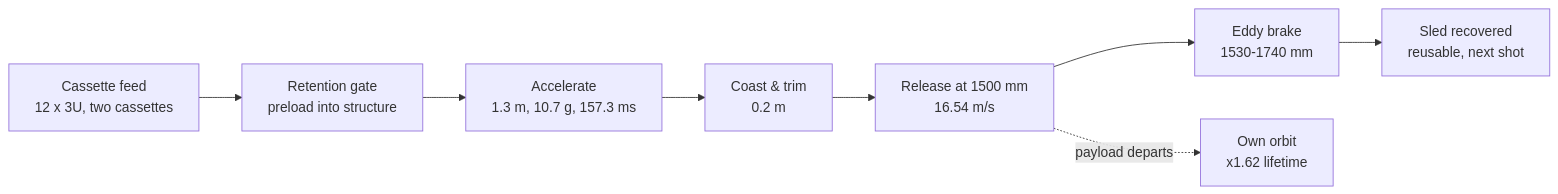
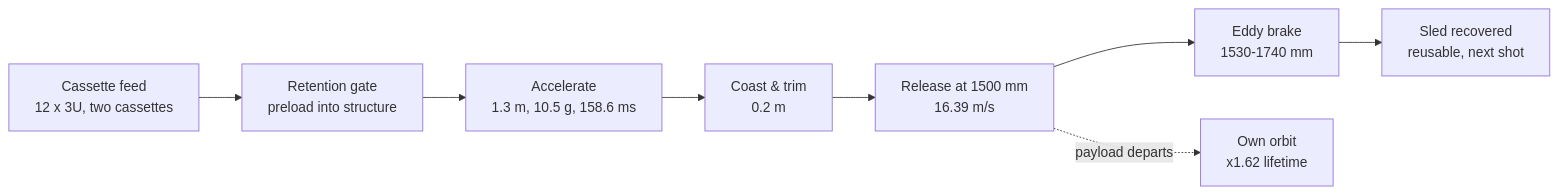
The first of 3 diagrams in README.md (aaaaaaaaaaaavm/EMOCD), drawn with Mermaid before and after one commit. The commit also changed other lines of this file and 39 other files, not shown here.

````diff
--- a/README.md
+++ b/README.md
@@ -65,10 +73,10 @@
 ```mermaid
 flowchart LR
     A["Cassette feed<br/>12 x 3U, two cassettes"] --> B["Retention gate<br/>preload into structure"]
-    B --> C["Accelerate<br/>1.3 m, 10.7 g, 157.3 ms"]
+    B --> C["Accelerate<br/>1.3 m, 10.5 g, 158.6 ms"]
     C --> D["Coast &amp; trim<br/>0.2 m"]
-    D --> E["Release at 1500 mm<br/>16.54 m/s"]
+    D --> E["Release at 1500 mm<br/>16.39 m/s"]
     E --> F["Eddy brake<br/>1530-1740 mm"]
     F --> G["Sled recovered<br/>reusable, next shot"]
     E -.->|"payload departs"| H["Own orbit<br/>x1.62 lifetime"]
 ```
````
